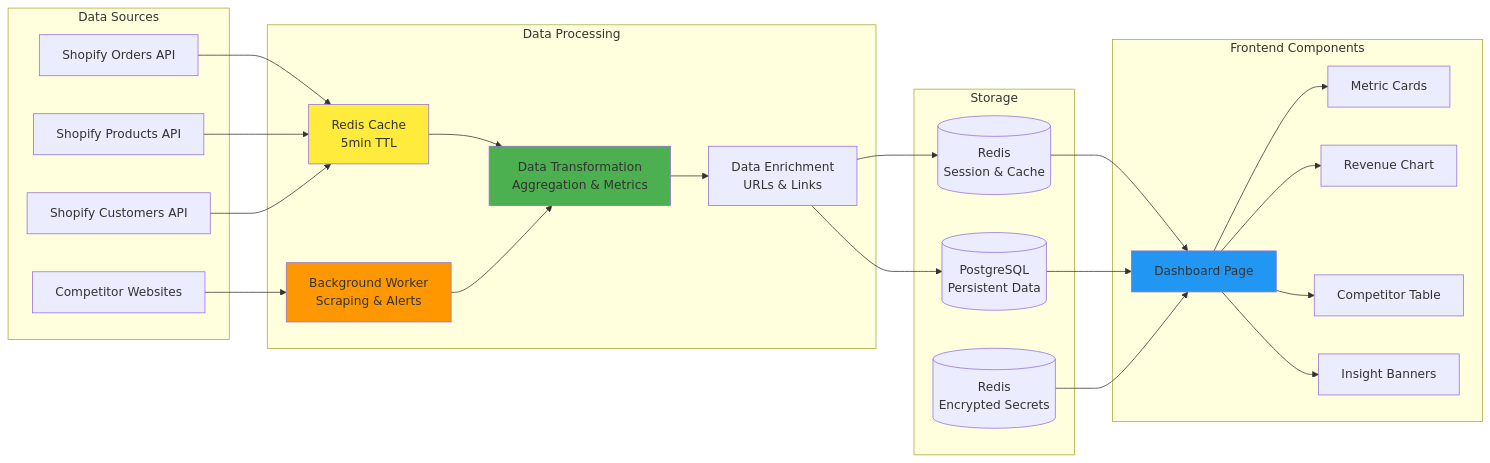
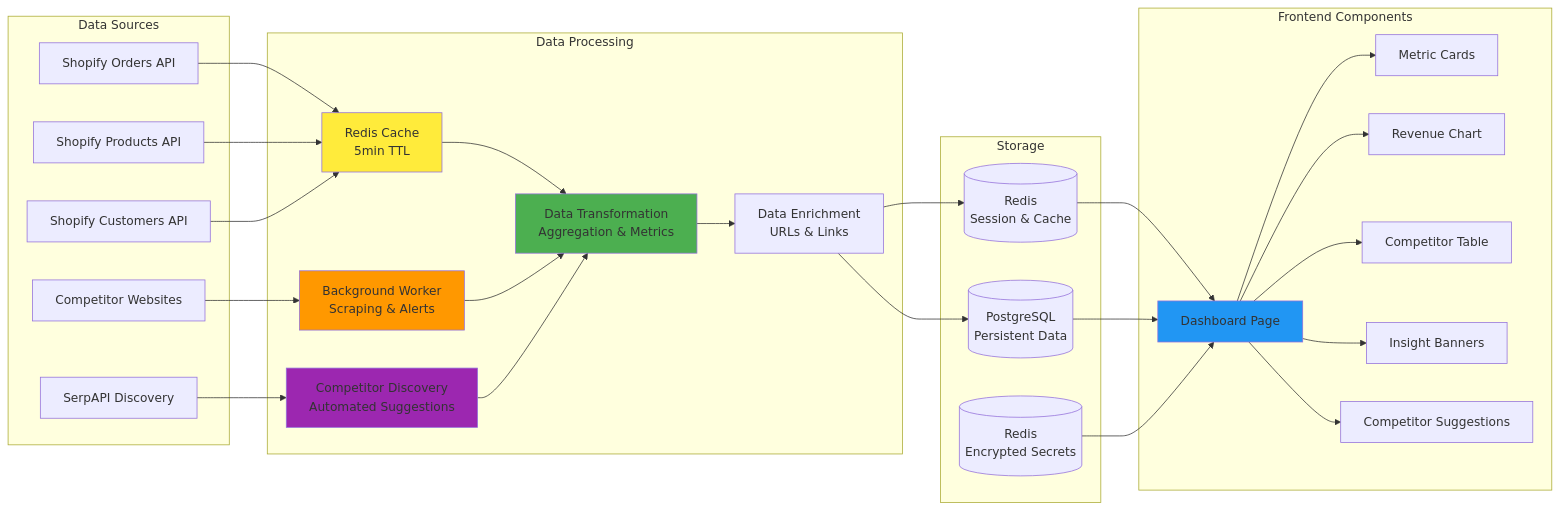
One commit to teja230/storesight changed the third of 4 diagrams in README.md. Above: the diagram before and after it, drawn with Mermaid. The commit also changed other lines of this file and 9 other files, not shown here.

````diff
--- a/README.md
+++ b/README.md
@@ -99,54 +101,61 @@
 ```mermaid
 graph LR
     subgraph "Data Sources"
         S1[Shopify Orders API]
         S2[Shopify Products API]
         S3[Shopify Customers API]
         S4[Competitor Websites]
+        S5[SerpAPI Discovery]
     end
     
     subgraph "Data Processing"
         Cache[Redis Cache<br/>5min TTL]
         Transform[Data Transformation<br/>Aggregation & Metrics]
         Enrich[Data Enrichment<br/>URLs & Links]
         Worker[Background Worker<br/>Scraping & Alerts]
+        Discovery[Competitor Discovery<br/>Automated Suggestions]
     end
     
     subgraph "Storage"
         DB[(PostgreSQL<br/>Persistent Data)]
         Memory[(Redis<br/>Session & Cache)]
         Secrets[(Redis<br/>Encrypted Secrets)]
     end
     
     subgraph "Frontend Components"
         Dashboard[Dashboard Page]
         Metrics[Metric Cards]
         Revenue[Revenue Chart]
         Competitors[Competitor Table]
         Insights[Insight Banners]
+        Suggestions[Competitor Suggestions]
     end
     
     S1 --> Cache
     S2 --> Cache
     S3 --> Cache
     S4 --> Worker
+    S5 --> Discovery
     
     Cache --> Transform
     Transform --> Enrich
     Worker --> Transform
+    Discovery --> Transform
     Enrich --> DB
     Enrich --> Memory
     
     Memory --> Dashboard
     DB --> Dashboard
     Secrets --> Dashboard
     Dashboard --> Metrics
     Dashboard --> Revenue
     Dashboard --> Competitors
     Dashboard --> Insights
+    Dashboard --> Suggestions
     
     style Cache fill:#ffeb3b
     style Transform fill:#4caf50
     style Worker fill:#ff9800
+    style Discovery fill:#9c27b0
     style Dashboard fill:#2196f3
 ``` 
````
